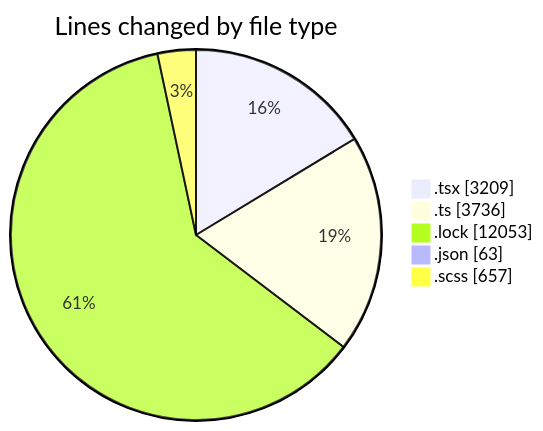
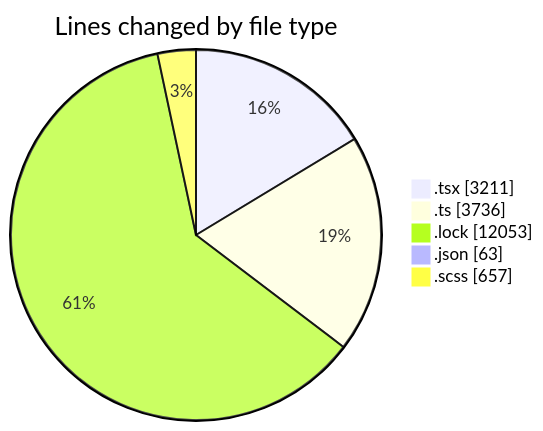
The first of 2 diagrams in 2025-12-03/cda/README.md (momahboobian/code-tracking), drawn with Mermaid before and after one commit. The commit also changed other lines of this file and 1 other file, not shown here.

````diff
--- a/2025-12-03/cda/README.md
+++ b/2025-12-03/cda/README.md
@@ -31,9 +31,9 @@
 ```mermaid
 pie showData
 title Lines changed by file type
-".tsx" : 3209
+".tsx" : 3211
 ".ts" : 3736
 ".lock" : 12053
 ".json" : 63
 ".scss" : 657
 ```
````
